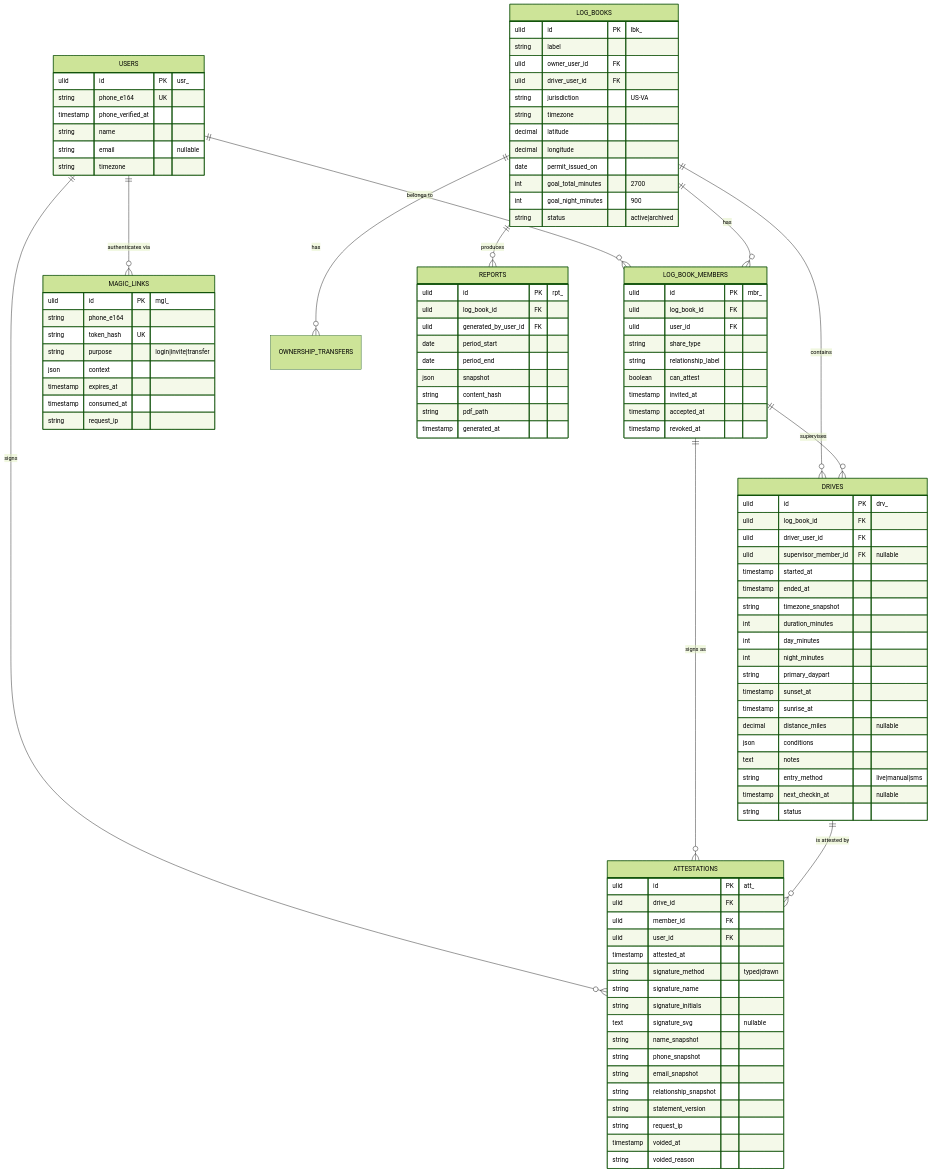
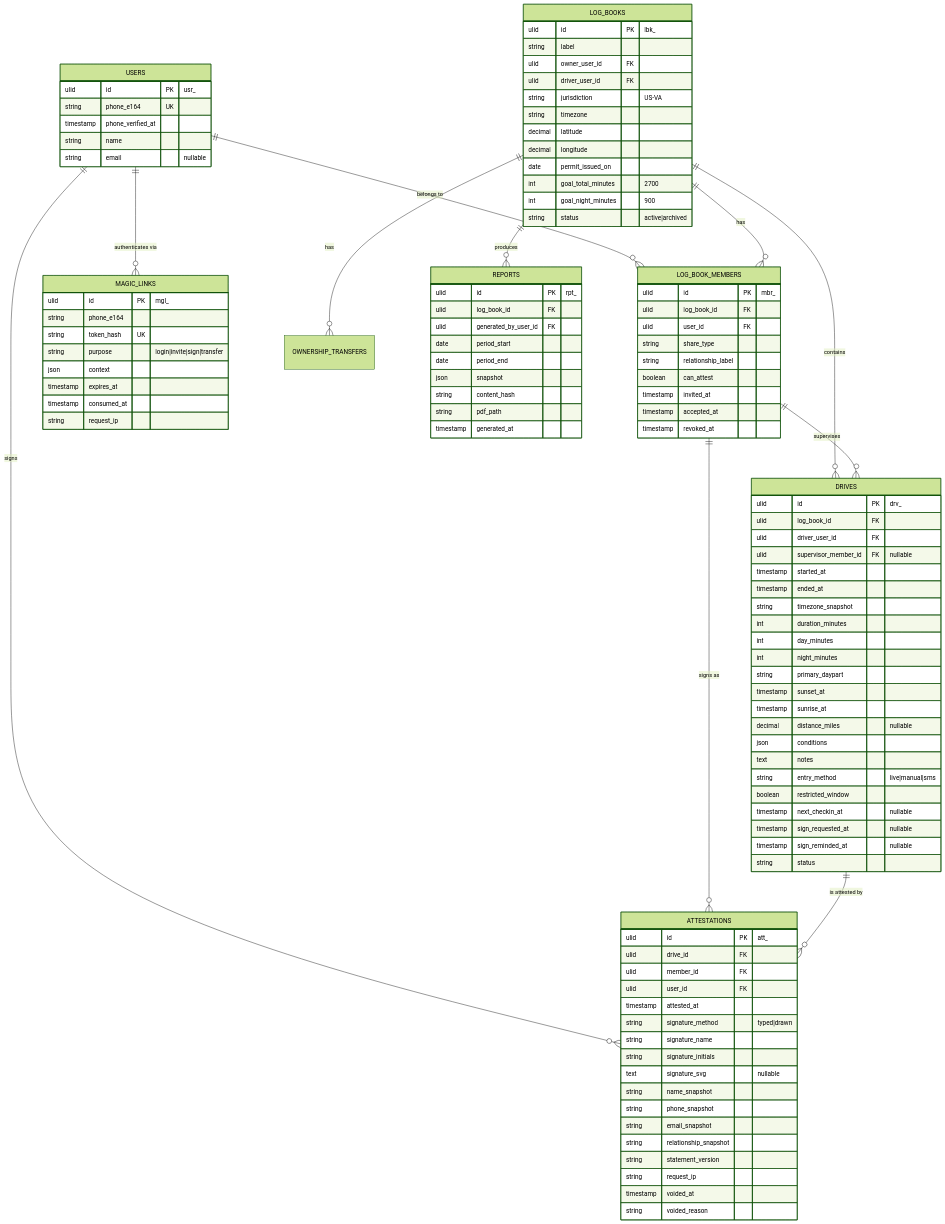
One commit to codearachnid/drive-log changed the first of 4 diagrams in docs/prd/PRD-drive-log.md. Above: the diagram before and after it, drawn with Mermaid (forest theme). The commit also changed other lines of this file and 16 other files, not shown here.

```diff
--- a/docs/prd/PRD-drive-log.md
+++ b/docs/prd/PRD-drive-log.md
@@ -99,13 +107,12 @@
         timestamp phone_verified_at
         string name
         string email "nullable"
-        string timezone
     }
     MAGIC_LINKS {
         ulid id PK "mgl_"
         string phone_e164
         string token_hash UK
-        string purpose "login|invite|transfer"
+        string purpose "login|invite|sign|transfer"
         json context
         timestamp expires_at
         timestamp consumed_at
@@ -154,7 +161,10 @@
         json conditions
         text notes
         string entry_method "live|manual|sms"
+        boolean restricted_window
         timestamp next_checkin_at "nullable"
+        timestamp sign_requested_at "nullable"
+        timestamp sign_reminded_at "nullable"
         string status
     }
     ATTESTATIONS {
```
